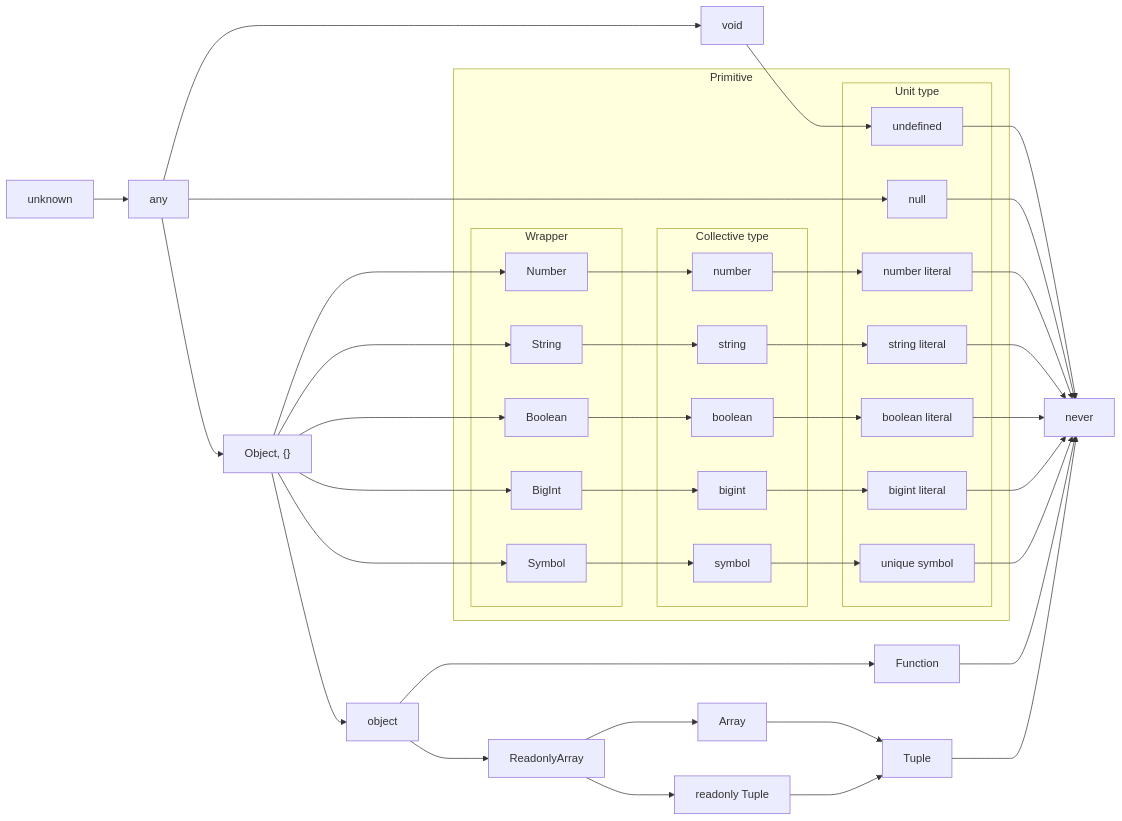
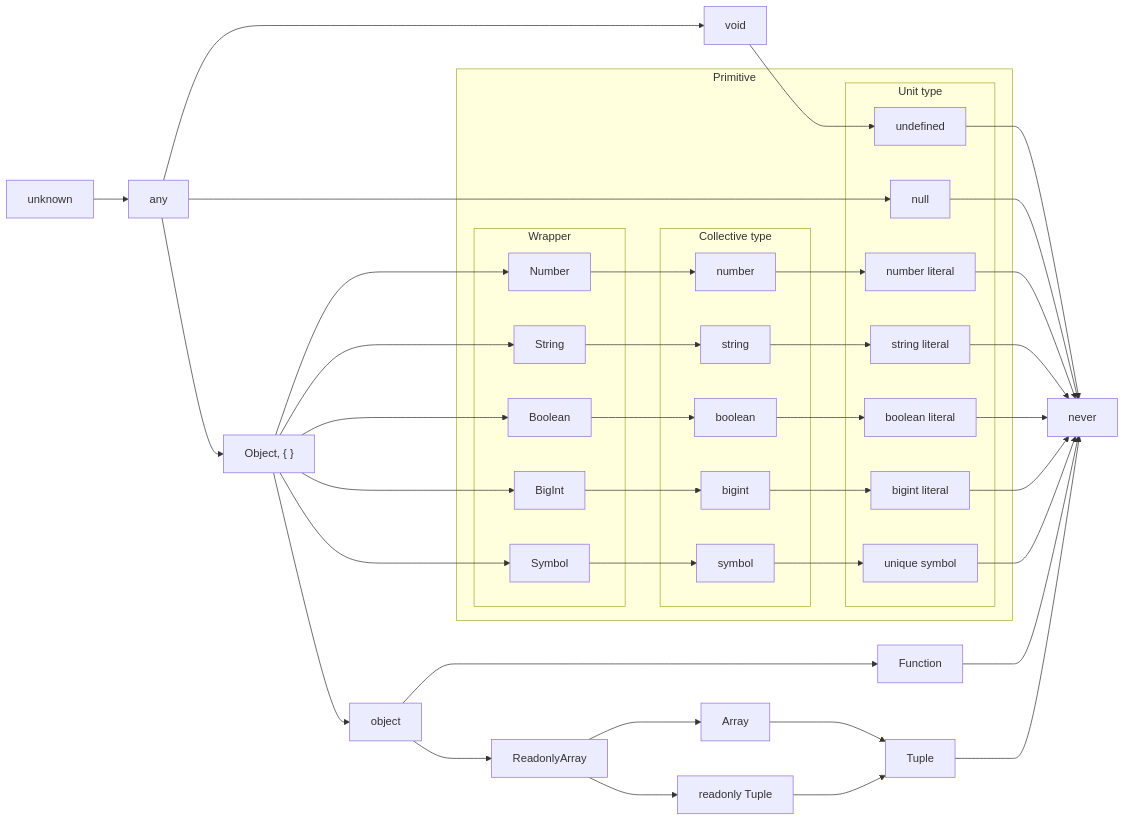
The second of 3 diagrams in articles/typescript-type-set-hierarchy.md (yo-goto/zenn-public-repo), drawn with Mermaid before and after one commit. The commit also changed other lines of this file, not shown here.

````diff
--- a/articles/typescript-type-set-hierarchy.md
+++ b/articles/typescript-type-set-hierarchy.md
@@ -213,49 +237,50 @@
 ```mermaid
 graph LR
   U[unknown]
   N[never]
   A[any]
-  O["Object, {}"]
+  V[void]
+  O["Object, { }"]
   obj[object]
   U --> A
-  A --> void --> undefined --> N
+  A --> V --> undefined --> N
   A --> null --> N
   A --> O --> Number & String & Boolean & BigInt & Symbol & obj
   subgraph Primitive
     subgraph Unit[Unit type]
       undefined
       null
-      nl
-      sl
-      bl
-      bil
-      us
+      nl[number literal]
+      sl[string literal]
+      bl[boolean literal]
+      bil[bigint literal]
+      us[unique symbol]
     end
     subgraph Col[Collective type]
       number
       string
       boolean
       bigint
       symbol
     end
     subgraph Wrap[Wrapper]
       Number
       String
       Boolean
       BigInt
       Symbol
     end
     Number --> number --> nl[number literal]
     String --> string --> sl[string literal]
     Boolean --> boolean --> bl[boolean literal]
     BigInt --> bigint --> bil[bigint literal]
     Symbol --> symbol --> us[unique symbol]
   end
-  nl[number literal] --> N
-  sl[string literal] --> N
-  bl[boolean literal] --> N
-  bil[bigint literal] --> N
-  us[unique symbol] --> N
+  nl --> N
+  sl --> N
+  bl --> N
+  bil --> N
+  us --> N
   obj --> Function --> N
   obj --> ReadonlyArray --> Array & RT[readonly Tuple] --> Tuple --> N
 ```
````
